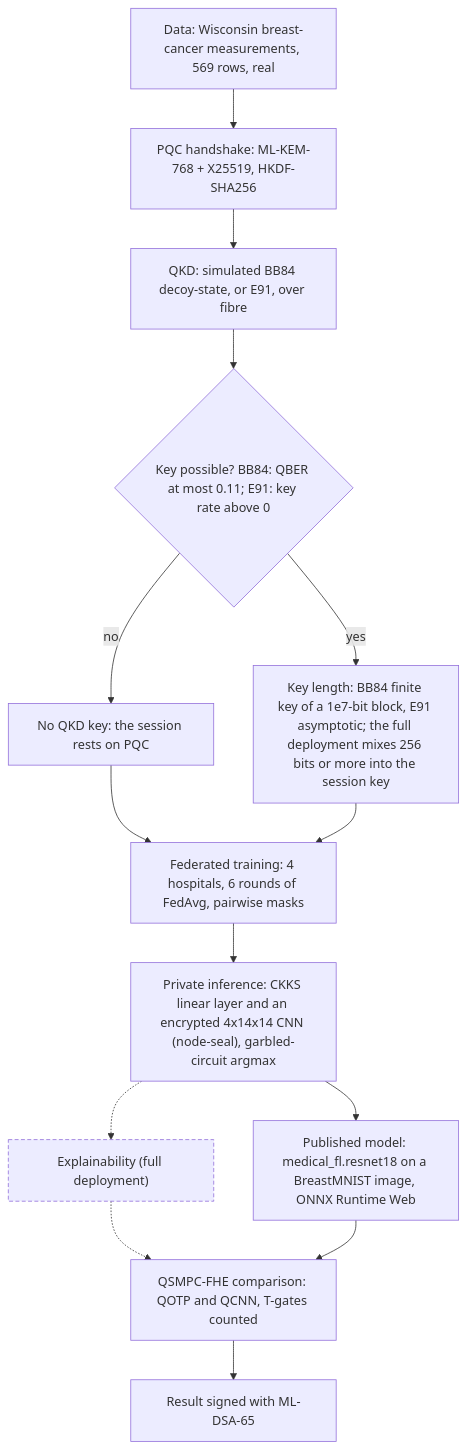
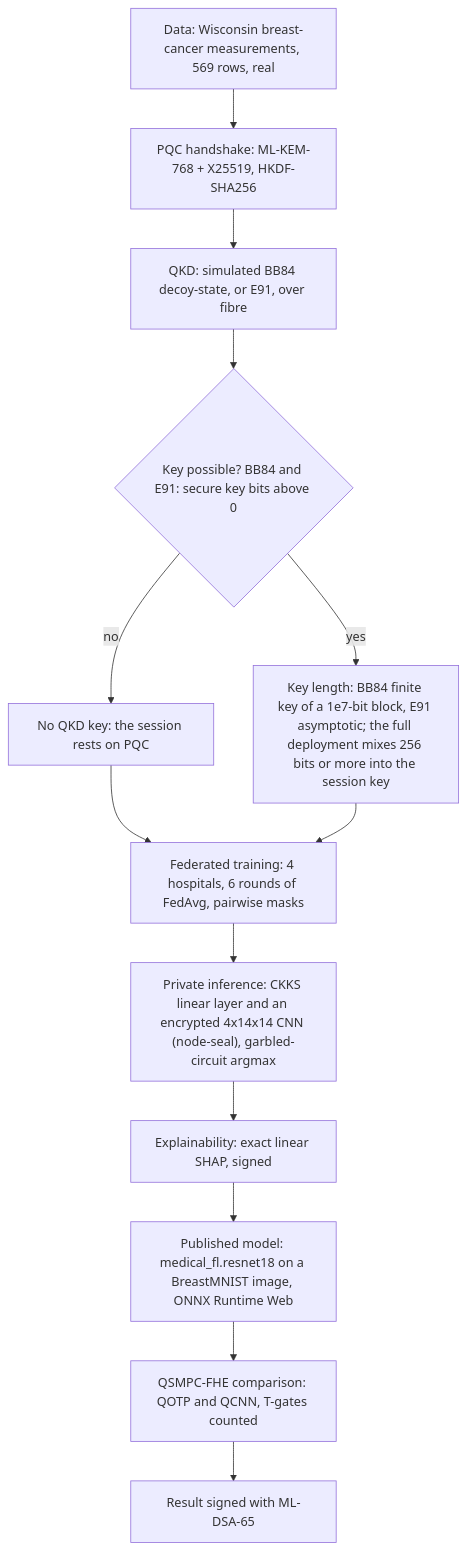
The fourth of 11 diagrams in README.md (Quantum-Daemons/QSMPC-QKD-QHE-AI-Hybrid), drawn with Mermaid before and after one commit. The commit also changed other lines of this file and 98 other files, not shown here.

````diff
--- a/README.md
+++ b/README.md
@@ -145,30 +142,27 @@
 ```mermaid
 flowchart TB
   D["Data: Wisconsin breast-cancer measurements, 569 rows, real"]
   H["PQC handshake: ML-KEM-768 + X25519, HKDF-SHA256"]
   K["QKD: simulated BB84 decoy-state, or E91, over fibre"]
-  Q{"Key possible? BB84: QBER at most 0.11; E91: key rate above 0"}
+  Q{"Key possible? BB84 and E91: secure key bits above 0"}
   N["No QKD key: the session rests on PQC"]
   L["Key length: BB84 finite key of a 1e7-bit block, E91 asymptotic; the full deployment mixes 256 bits or more into the session key"]
   FL["Federated training: 4 hospitals, 6 rounds of FedAvg, pairwise masks"]
   I["Private inference: CKKS linear layer and an encrypted 4x14x14 CNN (node-seal), garbled-circuit argmax"]
+  X["Explainability: exact linear SHAP, signed"]
   M["Published model: medical_fl.resnet18 on a BreastMNIST image, ONNX Runtime Web"]
-  X["Explainability (full deployment)"]
   C["QSMPC-FHE comparison: QOTP and QCNN, T-gates counted"]
   S["Result signed with ML-DSA-65"]
   D --> H
   H --> K
   K --> Q
   Q -->|no| N
   Q -->|yes| L
   N --> FL
   L --> FL
   FL --> I
-  I --> M
-  I -.-> X
-  X -.-> C
+  I --> X
+  X --> M
   M --> C
   C --> S
-  classDef full stroke-dasharray: 5 3
-  class X full
 ```
````
